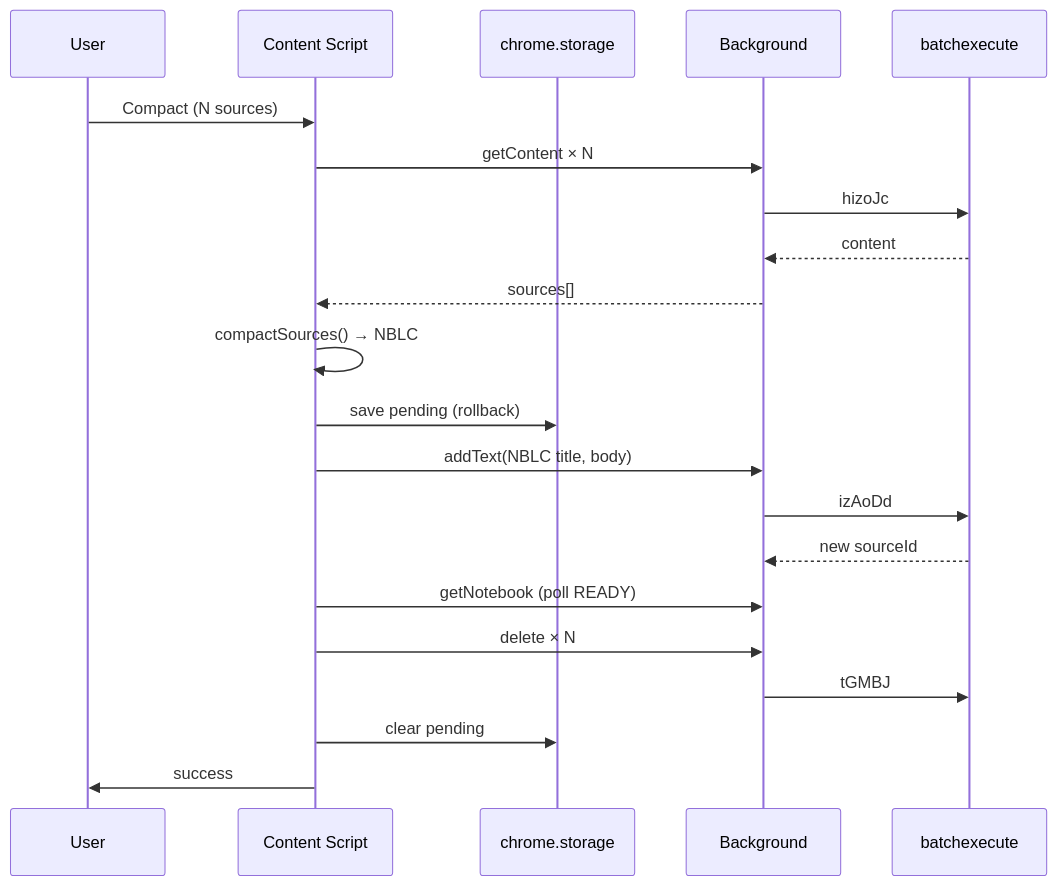
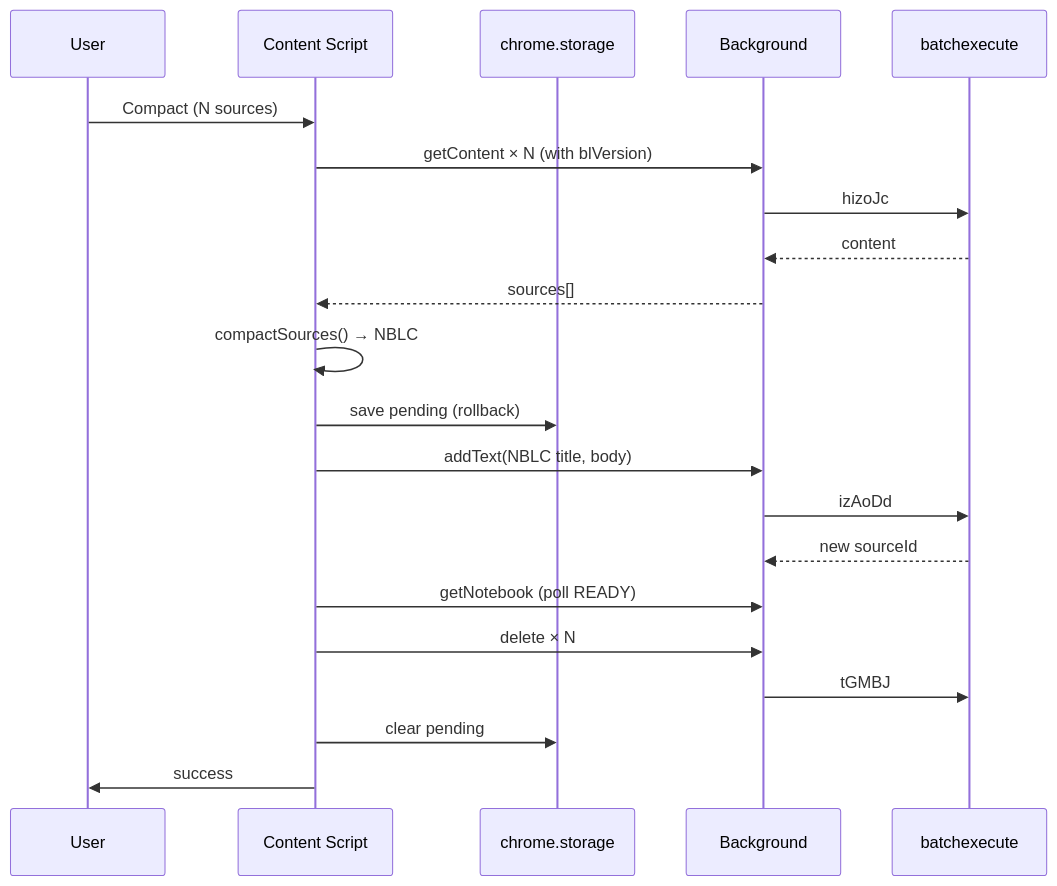
One commit to ayv4zyan/NotebookLM-Compactor changed the first of 2 diagrams in docs/ARCHITECTURE.md. Above: the diagram before and after it, drawn with Mermaid. The commit also changed other lines of this file and 5 other files, not shown here.

````diff
--- a/docs/ARCHITECTURE.md
+++ b/docs/ARCHITECTURE.md
@@ -91,24 +98,24 @@
 ```mermaid
 sequenceDiagram
     participant U as User
     participant CS as Content Script
     participant ST as chrome.storage
     participant BG as Background
     participant API as batchexecute
 
     U->>CS: Compact (N sources)
-    CS->>BG: getContent × N
+    CS->>BG: getContent × N (with blVersion)
     BG->>API: hizoJc
     API-->>BG: content
     BG-->>CS: sources[]
     CS->>CS: compactSources() → NBLC
     CS->>ST: save pending (rollback)
     CS->>BG: addText(NBLC title, body)
     BG->>API: izAoDd
     API-->>BG: new sourceId
     CS->>BG: getNotebook (poll READY)
     CS->>BG: delete × N
     BG->>API: tGMBJ
     CS->>ST: clear pending
     CS->>U: success
 ```
````
